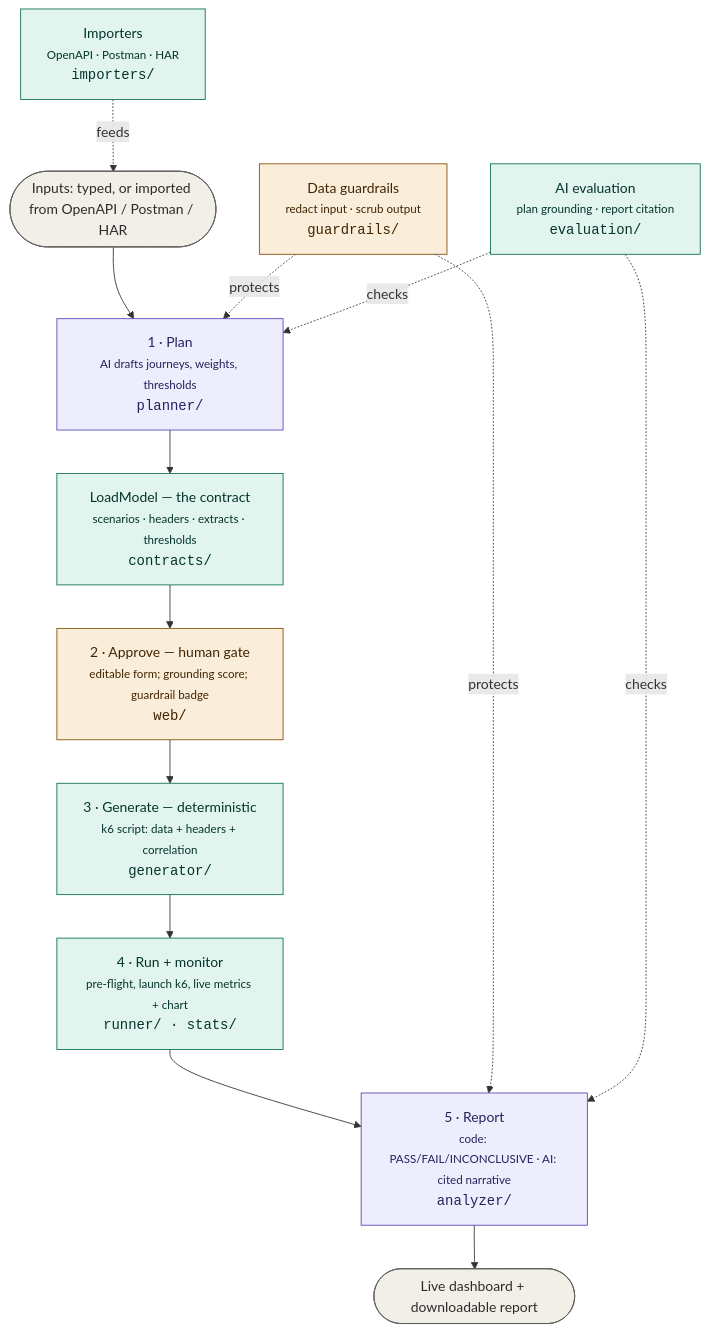
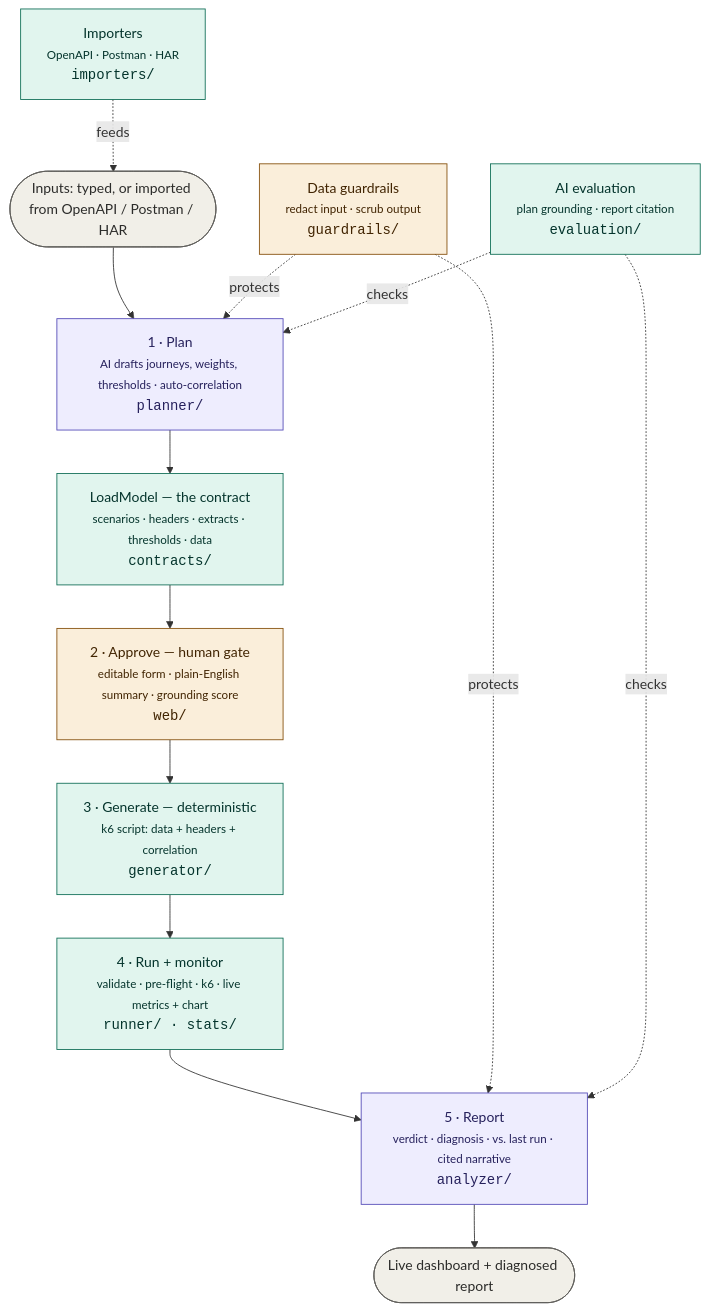
One commit to karthikrasamsetti/perfagent changed the diagram in README.md. Above: the diagram before and after it, drawn with Mermaid. The commit also changed other lines of this file, not shown here.

````diff
--- a/README.md
+++ b/README.md
@@ -200,31 +277,31 @@
 ```mermaid
 flowchart TD
     IN([Inputs: typed, or imported from OpenAPI / Postman / HAR])
-    PLAN["1 · Plan<br/><small>AI drafts journeys, weights, thresholds</small><br/><code>planner/</code>"]
-    LM["LoadModel — the contract<br/><small>scenarios · headers · extracts · thresholds</small><br/><code>contracts/</code>"]
-    APPROVE["2 · Approve — human gate<br/><small>editable form; grounding score; guardrail badge</small><br/><code>web/</code>"]
+    PLAN["1 · Plan<br/><small>AI drafts journeys, weights, thresholds · auto-correlation</small><br/><code>planner/</code>"]
+    LM["LoadModel — the contract<br/><small>scenarios · headers · extracts · thresholds · data</small><br/><code>contracts/</code>"]
+    APPROVE["2 · Approve — human gate<br/><small>editable form · plain-English summary · grounding score</small><br/><code>web/</code>"]
     GEN["3 · Generate — deterministic<br/><small>k6 script: data + headers + correlation</small><br/><code>generator/</code>"]
-    RUN["4 · Run + monitor<br/><small>pre-flight, launch k6, live metrics + chart</small><br/><code>runner/ · stats/</code>"]
-    REPORT["5 · Report<br/><small>code: PASS/FAIL/INCONCLUSIVE · AI: cited narrative</small><br/><code>analyzer/</code>"]
-    OUT([Live dashboard + downloadable report])
+    RUN["4 · Run + monitor<br/><small>validate · pre-flight · k6 · live metrics + chart</small><br/><code>runner/ · stats/</code>"]
+    REPORT["5 · Report<br/><small>verdict · diagnosis · vs. last run · cited narrative</small><br/><code>analyzer/</code>"]
+    OUT([Live dashboard + diagnosed report])
 
     IN --> PLAN --> LM --> APPROVE --> GEN --> RUN --> REPORT --> OUT
 
     GUARD["Data guardrails<br/><small>redact input · scrub output</small><br/><code>guardrails/</code>"]
     EVAL["AI evaluation<br/><small>plan grounding · report citation</small><br/><code>evaluation/</code>"]
     IMP["Importers<br/><small>OpenAPI · Postman · HAR</small><br/><code>importers/</code>"]
     GUARD -. protects .-> PLAN
     GUARD -. protects .-> REPORT
     EVAL -. checks .-> PLAN
     EVAL -. checks .-> REPORT
     IMP -. feeds .-> IN
 
     classDef ai fill:#EEEDFE,stroke:#534AB7,color:#26215C;
     classDef code fill:#E1F5EE,stroke:#0F6E56,color:#04342C;
     classDef gate fill:#FAEEDA,stroke:#854F0B,color:#412402;
     classDef io fill:#F1EFE8,stroke:#5F5E5A,color:#2C2C2A;
     class PLAN,REPORT ai;
     class LM,GEN,RUN,EVAL,IMP code;
     class APPROVE,GUARD gate;
     class IN,OUT io;
 ```
````
